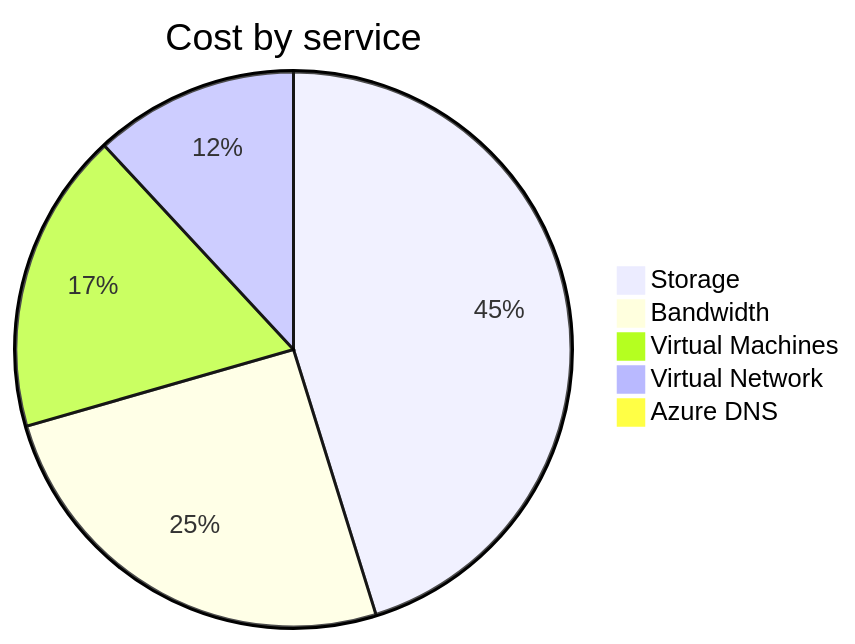
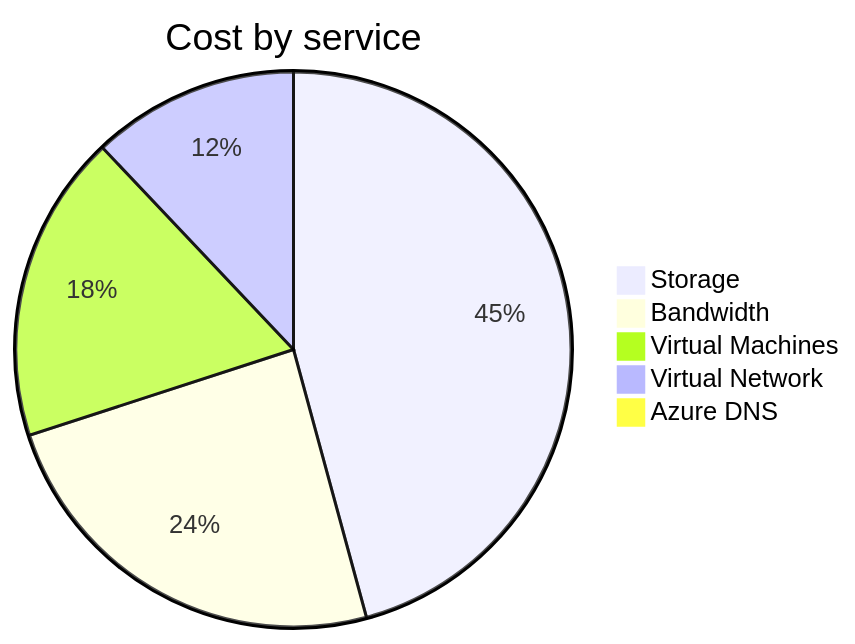
Before and after one commit to jpfulton/azure-personal-reports: the second of 4 diagrams in cost-reports/personal-network/README.md, drawn with Mermaid. The commit also changed other lines of this file and 8 other files, not shown here.

````diff
--- a/cost-reports/personal-network/README.md
+++ b/cost-reports/personal-network/README.md
@@ -95,9 +95,9 @@
 ```mermaid
 pie
    title Cost by service
-   "Storage" : 14.55
+   "Storage" : 15.41
    "Bandwidth" : 8.16
-   "Virtual Machines" : 5.65
-   "Virtual Network" : 3.83
-   "Azure DNS" : 0.26
+   "Virtual Machines" : 6.04
+   "Virtual Network" : 4.06
+   "Azure DNS" : 0.27
 ```
````
